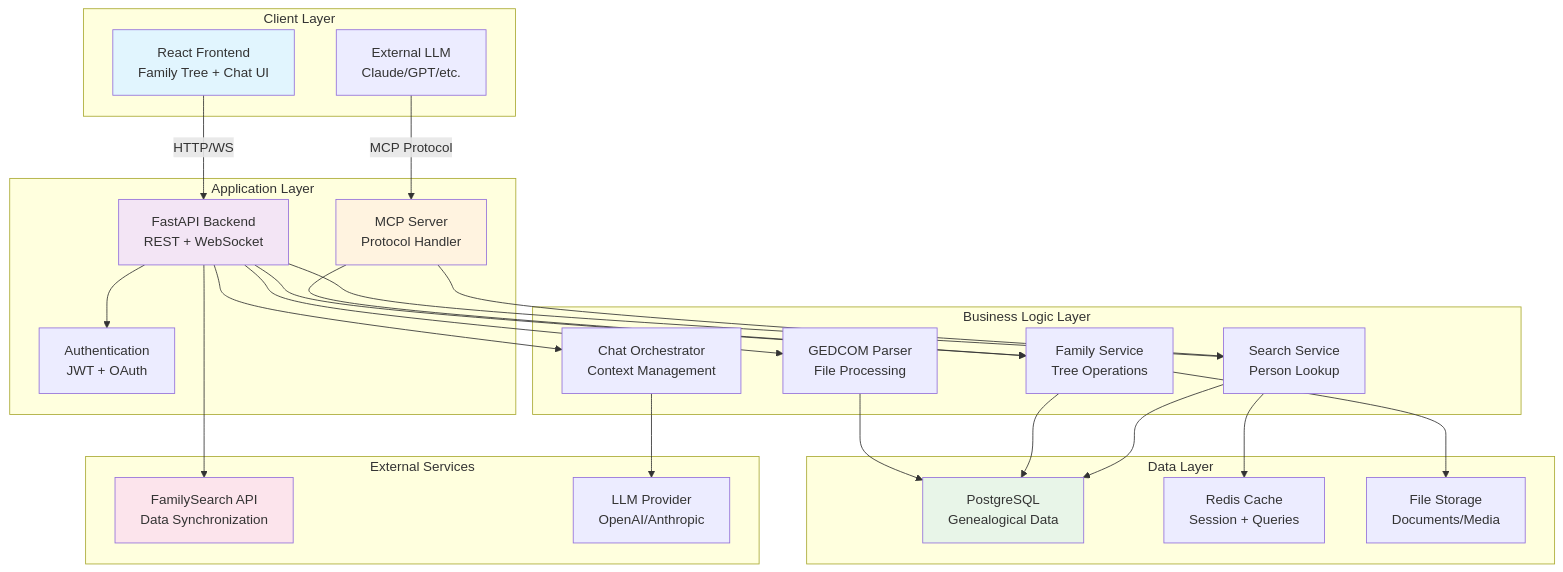
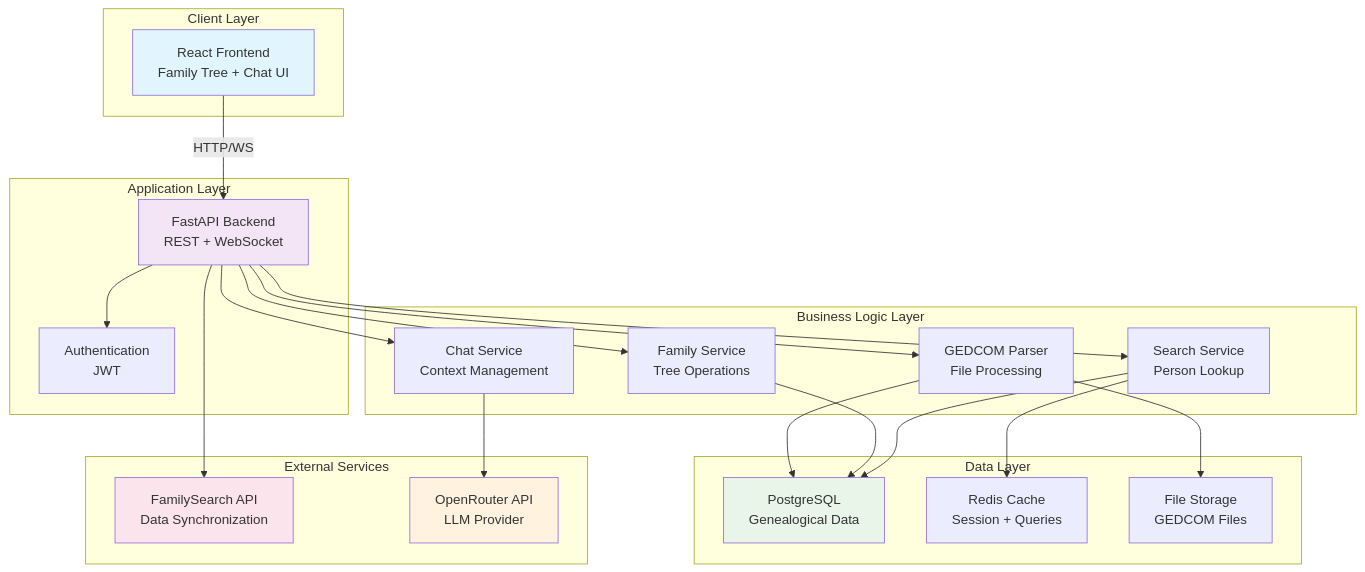
Before and after one commit to nlejeune/TreeTalk: the first of 2 diagrams in 2-high_level_architecture.md, drawn with Mermaid. The commit also changed other lines of this file and 2 other files, not shown here.

Commit message:
Adjusted architecture without MCP

````diff
--- a/2-high_level_architecture.md
+++ b/2-high_level_architecture.md
@@ -17,54 +17,49 @@
 ```mermaid
 graph TB
     subgraph "Client Layer"
         WEB[React Frontend<br/>Family Tree + Chat UI]
-        EXT_LLM[External LLM<br/>Claude/GPT/etc.]
     end
     
     subgraph "Application Layer"
         API[FastAPI Backend<br/>REST + WebSocket]
-        MCP[MCP Server<br/>Protocol Handler]
-        AUTH[Authentication<br/>JWT + OAuth]
+        AUTH[Authentication<br/>JWT]
     end
     
     subgraph "Business Logic Layer"
         GEDCOM[GEDCOM Parser<br/>File Processing]
         FAMILY[Family Service<br/>Tree Operations]
         SEARCH[Search Service<br/>Person Lookup]
-        CHAT[Chat Orchestrator<br/>Context Management]
+        CHAT[Chat Service<br/>Context Management]
     end
     
     subgraph "Data Layer"
         DB[PostgreSQL<br/>Genealogical Data]
         CACHE[Redis Cache<br/>Session + Queries]
-        FILES[File Storage<br/>Documents/Media]
+        FILES[File Storage<br/>GEDCOM Files]
     end
     
     subgraph "External Services"
         FS[FamilySearch API<br/>Data Synchronization]
-        LLM_API[LLM Provider<br/>OpenAI/Anthropic]
+        OR[OpenRouter API<br/>LLM Provider]
     end
     
     WEB -->|HTTP/WS| API
-    EXT_LLM -->|MCP Protocol| MCP
     API --> AUTH
     API --> GEDCOM
     API --> FAMILY
     API --> SEARCH
     API --> CHAT
-    MCP --> FAMILY
-    MCP --> SEARCH
-    CHAT --> LLM_API
+    CHAT --> OR
     GEDCOM --> DB
     FAMILY --> DB
     SEARCH --> DB
     SEARCH --> CACHE
     API --> FS
-    FAMILY --> FILES
+    GEDCOM --> FILES
     
     style WEB fill:#e1f5fe
     style API fill:#f3e5f5
-    style MCP fill:#fff3e0
     style DB fill:#e8f5e8
+    style OR fill:#fff3e0
     style FS fill:#fce4ec
 ```
````
